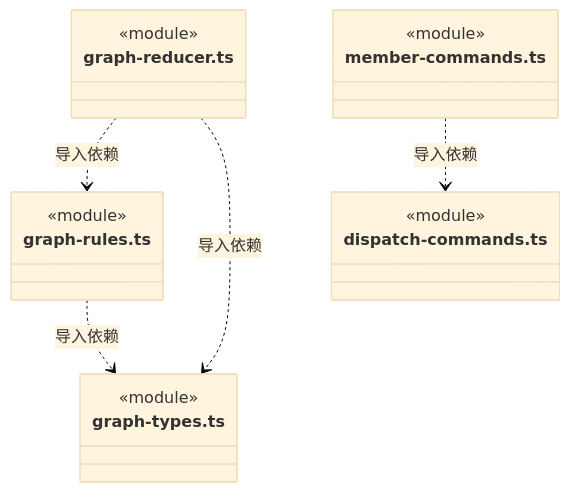
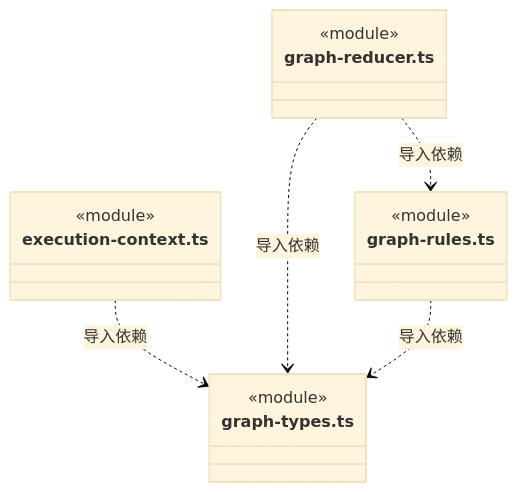
Before and after one commit to nan023062/cbim: diagram 30 of 34 in src/backend/core/tasks/ARCHITECTURE.md, drawn with Mermaid (base theme). The commit also changed other lines of this file and 19 other files, not shown here.

````diff
--- a/src/backend/core/tasks/ARCHITECTURE.md
+++ b/src/backend/core/tasks/ARCHITECTURE.md
@@ -790,22 +803,19 @@
 ```mermaid
 classDiagram
+class N_src_backend_core_tasks_execution_context_ts["execution-context.ts"] {
+  <<module>>
+}
+class N_src_backend_core_tasks_graph_types_ts["graph-types.ts"] {
+  <<module>>
+}
 class N_src_backend_core_tasks_graph_reducer_ts["graph-reducer.ts"] {
   <<module>>
 }
 class N_src_backend_core_tasks_graph_rules_ts["graph-rules.ts"] {
   <<module>>
 }
-class N_src_backend_core_tasks_graph_types_ts["graph-types.ts"] {
-  <<module>>
-}
-class N_src_backend_core_tasks_member_commands_ts["member-commands.ts"] {
-  <<module>>
-}
-class N_src_backend_core_tasks_dispatch_commands_ts["dispatch-commands.ts"] {
-  <<module>>
-}
+N_src_backend_core_tasks_execution_context_ts ..> N_src_backend_core_tasks_graph_types_ts : 导入依赖
 N_src_backend_core_tasks_graph_reducer_ts ..> N_src_backend_core_tasks_graph_rules_ts : 导入依赖
 N_src_backend_core_tasks_graph_reducer_ts ..> N_src_backend_core_tasks_graph_types_ts : 导入依赖
 N_src_backend_core_tasks_graph_rules_ts ..> N_src_backend_core_tasks_graph_types_ts : 导入依赖
-N_src_backend_core_tasks_member_commands_ts ..> N_src_backend_core_tasks_dispatch_commands_ts : 导入依赖
 ```
````
